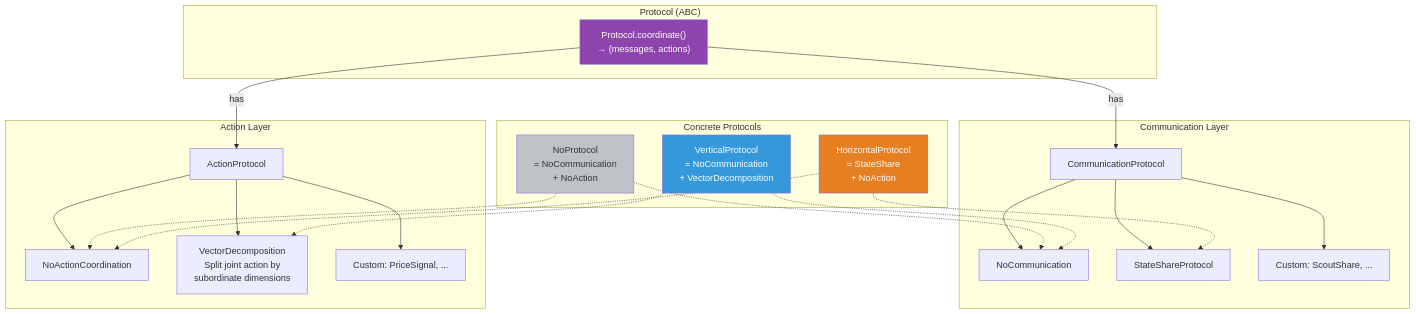
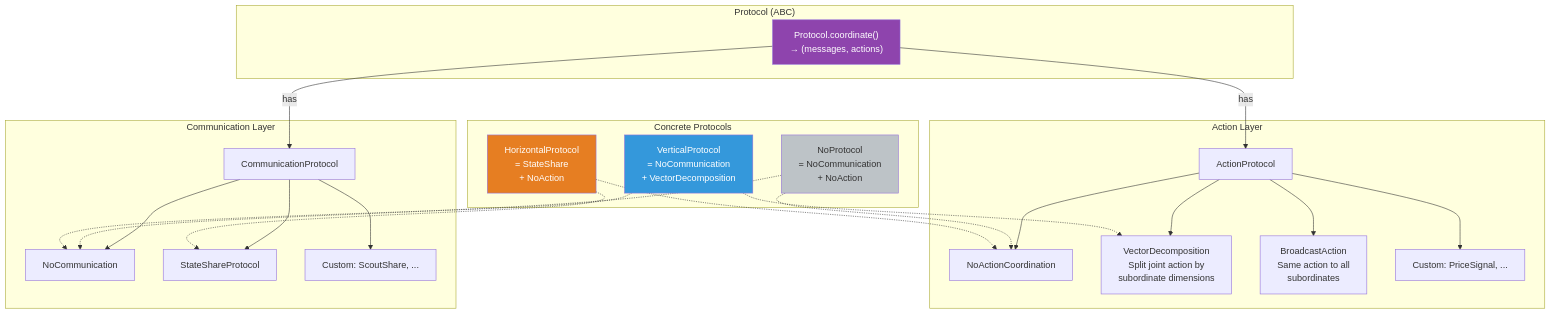
One commit to Criss-Wang/PowerGym changed the eighth of 14 diagrams in docs/design/HERON_FLOW_DIAGRAMS.md. Above: the diagram before and after it, drawn with Mermaid. The commit also changed other lines of this file and 13 other files, not shown here.

````diff
--- a/docs/design/HERON_FLOW_DIAGRAMS.md
+++ b/docs/design/HERON_FLOW_DIAGRAMS.md
@@ -407,49 +424,51 @@
 ```mermaid
 graph TB
     subgraph "Protocol (ABC)"
         P["Protocol.coordinate()<br/>→ (messages, actions)"]
     end
 
     subgraph "Communication Layer"
         CP["CommunicationProtocol"]
         NC["NoCommunication"]
         SS["StateShareProtocol"]
         CUSTOM_C["Custom: ScoutShare, ..."]
 
         CP --> NC
         CP --> SS
         CP --> CUSTOM_C
     end
 
     subgraph "Action Layer"
         AP["ActionProtocol"]
         NA["NoActionCoordination"]
         VD["VectorDecomposition<br/>Split joint action by<br/>subordinate dimensions"]
+        BA["BroadcastAction<br/>Same action to all<br/>subordinates"]
         CUSTOM_A["Custom: PriceSignal, ..."]
 
         AP --> NA
         AP --> VD
+        AP --> BA
         AP --> CUSTOM_A
     end
 
     subgraph "Concrete Protocols"
         NP["NoProtocol<br/>= NoCommunication<br/>+ NoAction"]
         VP["VerticalProtocol<br/>= NoCommunication<br/>+ VectorDecomposition"]
         HP["HorizontalProtocol<br/>= StateShare<br/>+ NoAction"]
     end
 
     P -->|"has"| CP
     P -->|"has"| AP
 
     NP -.-> NC
     NP -.-> NA
     VP -.-> NC
     VP -.-> VD
     HP -.-> SS
     HP -.-> NA
 
     style P fill:#8e44ad,color:#fff
     style NP fill:#bdc3c7
     style VP fill:#3498db,color:#fff
     style HP fill:#e67e22,color:#fff
 ```
````
